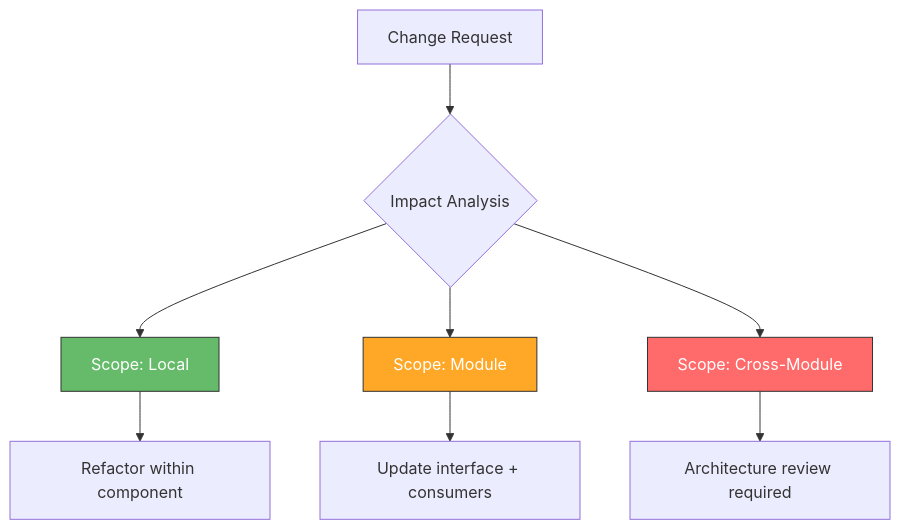
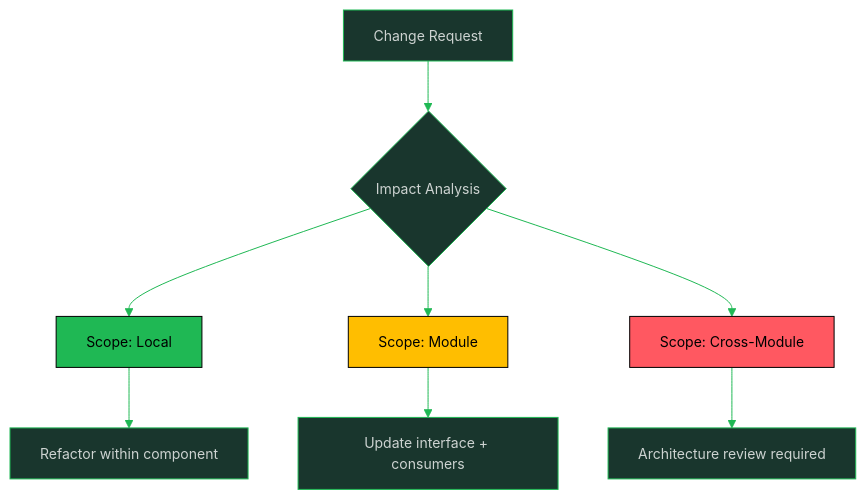
The second of 10 diagrams in software-engineering-note/03_Software_Design/10_Design_Thinking_and_Context.md (oat431/swe-knowledge), drawn with Mermaid before and after one commit. The commit also changed other lines of this file and 116 other files, not shown here.

````diff
--- a/software-engineering-note/03_Software_Design/10_Design_Thinking_and_Context.md
+++ b/software-engineering-note/03_Software_Design/10_Design_Thinking_and_Context.md
@@ -80,13 +81,14 @@
 ```mermaid
+%%{init: {'theme':'base','themeVariables':{'primaryColor':'#19362D','primaryTextColor':'#CDD3D1','primaryBorderColor':'#1FB854','lineColor':'#1FB854','secondaryColor':'#161212','tertiaryColor':'#1B1717','background':'#1B1717','mainBkg':'#19362D','nodeBorder':'#1FB854','clusterBkg':'#161212','clusterBorder':'#19362D','titleColor':'#1FB854','edgeLabelBackground':'#161212','fontSize':'14px'}}}%%
 graph TD
     A[Change Request] --> B{Impact Analysis}
     B --> C[Scope: Local]
     B --> D[Scope: Module]
     B --> E[Scope: Cross-Module]
     C --> F[Refactor within component]
     D --> G[Update interface + consumers]
     E --> H[Architecture review required]
-    style C fill:#66bb6a,stroke:#333,color:#fff
-    style D fill:#ffa726,stroke:#333,color:#fff
-    style E fill:#ff6b6b,stroke:#333,color:#fff
+    style C fill:#1FB854,stroke:#000000,color:#000000
+    style D fill:#FFBE00,stroke:#000000,color:#000000
+    style E fill:#FF5861,stroke:#000000,color:#000000
 ```
````
